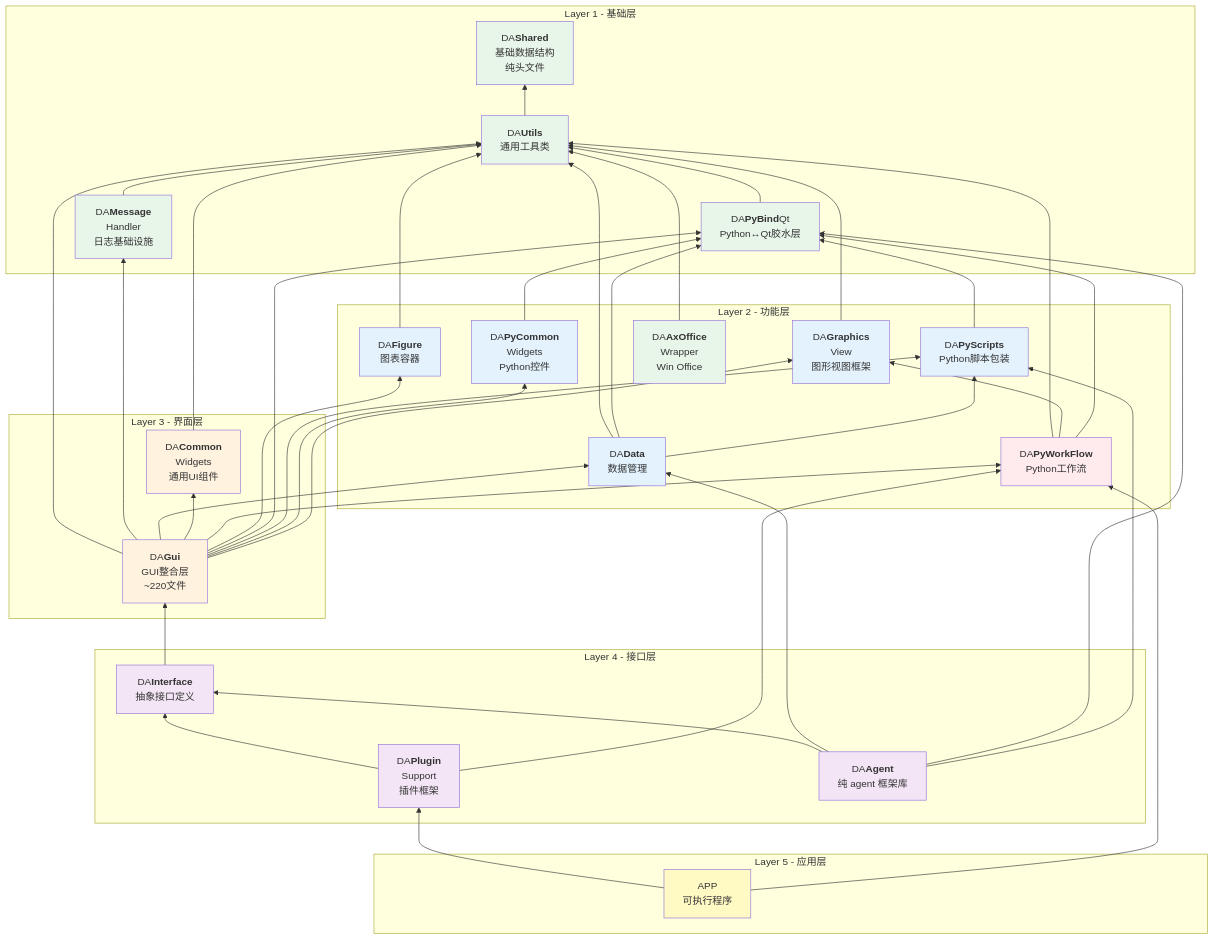
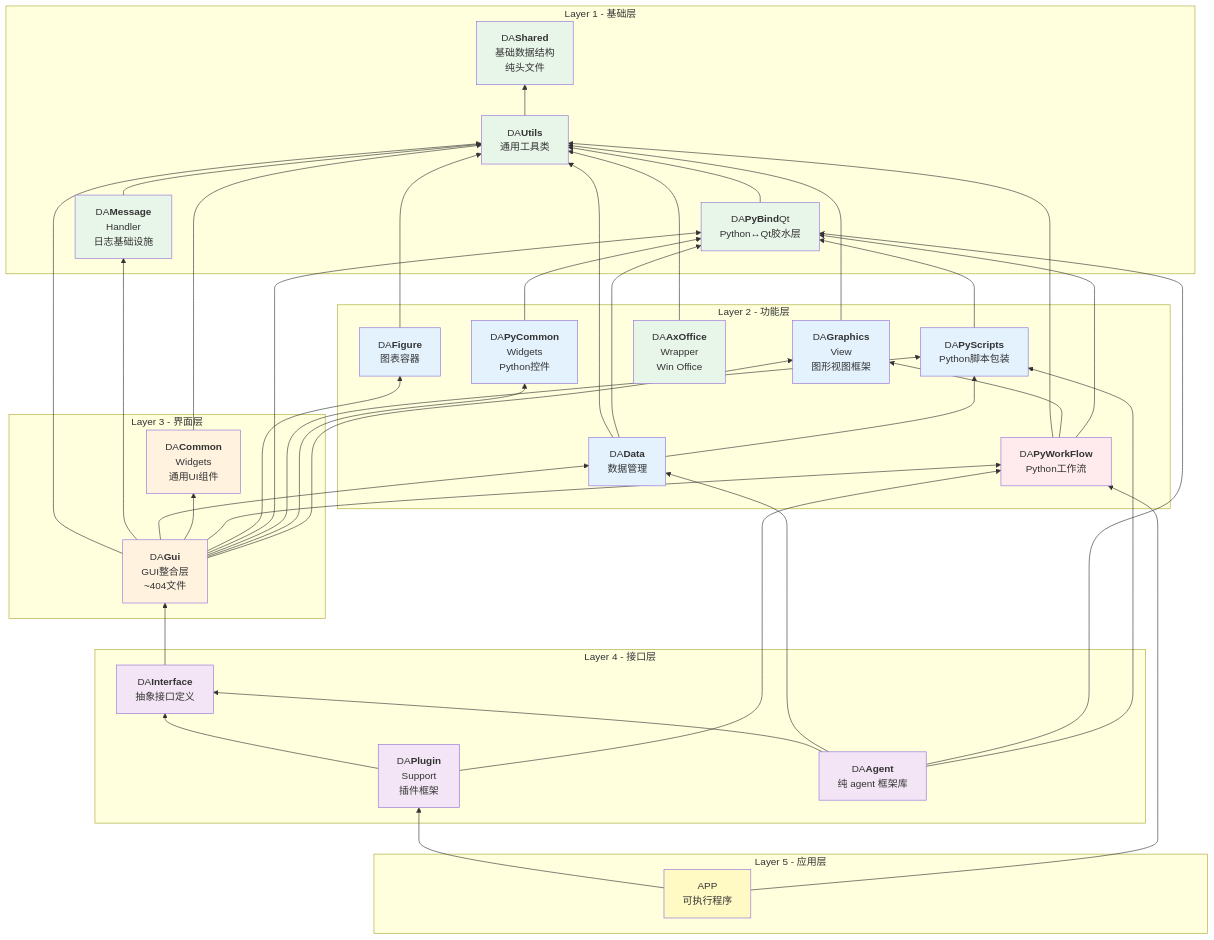
One commit to czyt1988/data-workbench changed the diagram in docs/zh/dev-guide/module-dependency.md. Above: the diagram before and after it, drawn with Mermaid. The commit also changed other lines of this file and 16 other files, not shown here.

```diff
--- a/docs/zh/dev-guide/module-dependency.md
+++ b/docs/zh/dev-guide/module-dependency.md
@@ -130,7 +130,7 @@
 
     subgraph "Layer 3 - 界面层"
         DACW["DA<b>Common</b><br/>Widgets<br/>通用UI组件"]
-        DAGui["DA<b>Gui</b><br/>GUI整合层<br/>~220文件"]
+        DAGui["DA<b>Gui</b><br/>GUI整合层<br/>~404文件"]
     end
 
     subgraph "Layer 4 - 接口层"
```
